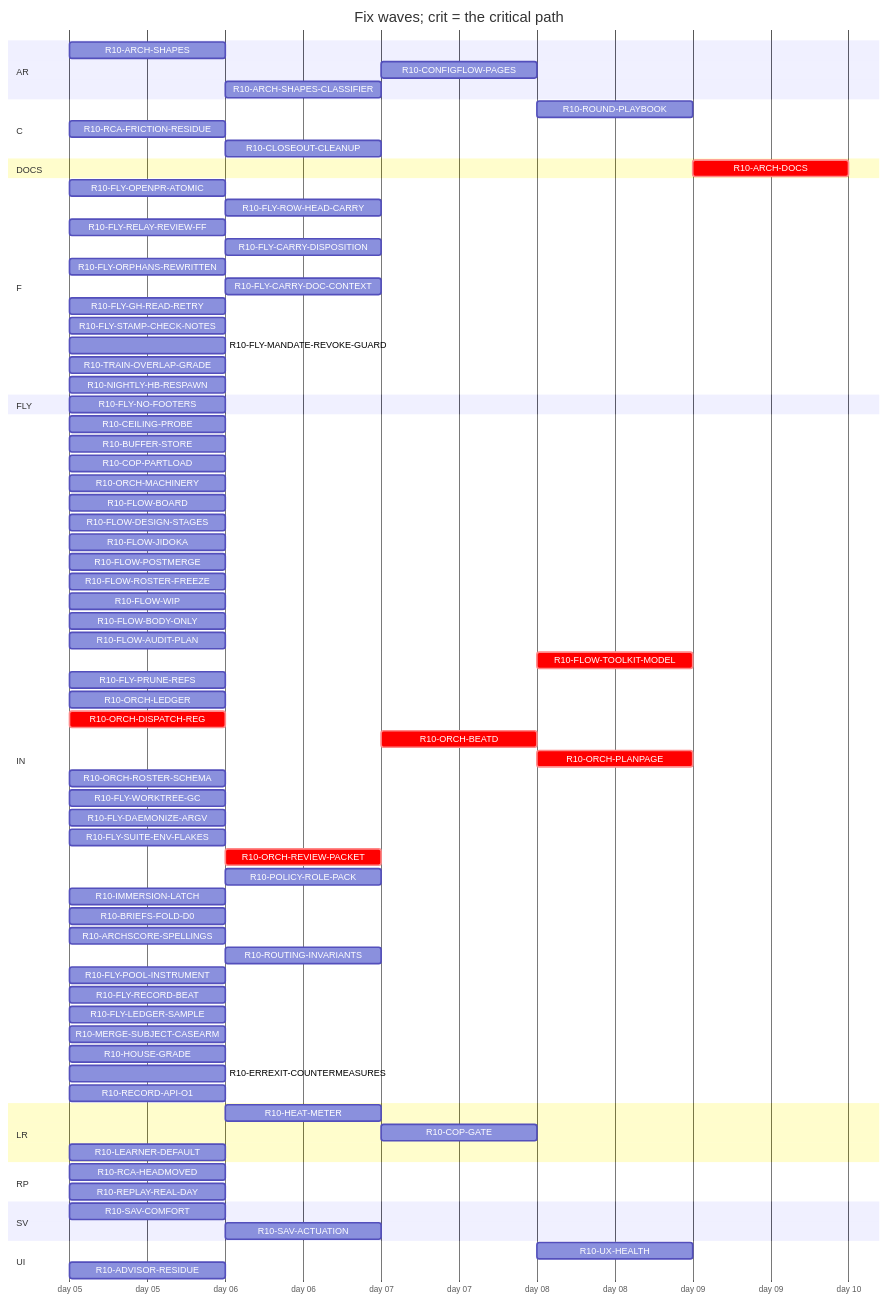
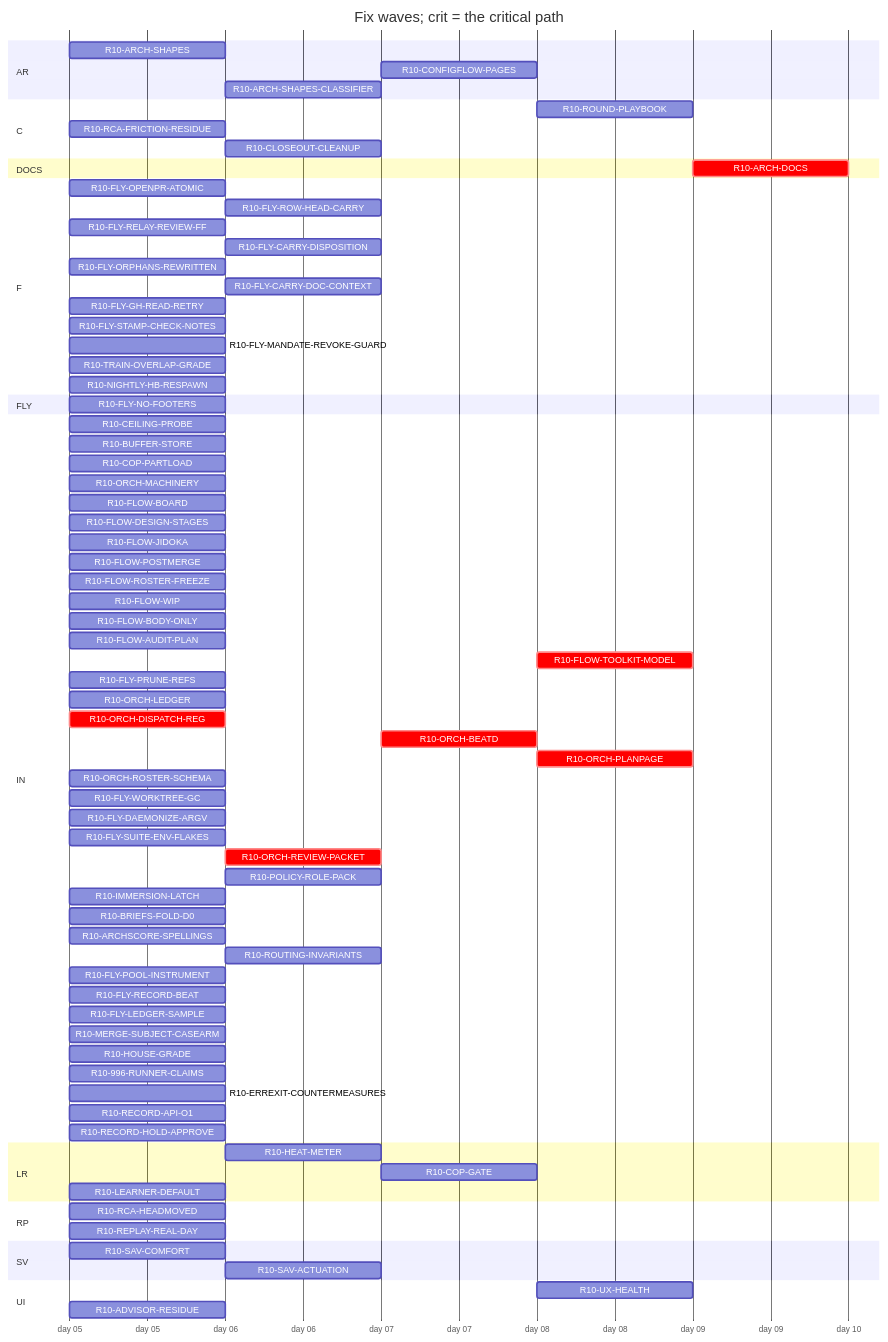
The diagram in handoff/round10/state/PLAN-TABLE.md (tvofi/heatpump_optimizer), drawn with Mermaid before and after one commit. The commit also changed other lines of this file and 2 other files, not shown here.

````diff
--- a/handoff/round10/state/PLAN-TABLE.md
+++ b/handoff/round10/state/PLAN-TABLE.md
@@ -23,79 +23,81 @@
 ```mermaid
 gantt
   title Fix waves; crit = the critical path
   dateFormat YYYY-MM-DD
   axisFormat day %d
   section AR
     R10-ARCH-SHAPES :r10ARCHSHAPES, 2026-01-05, 1d
     R10-CONFIGFLOW-PAGES :r10CONFIGFLOWPAGES, after r10HEATMETER, 1d
-    R10-ARCH-SHAPES-CLASSIFIER :r10ARCHSHAPESCLASSIFIER, after r10ARCHSHAPES, 1d
+    R10-ARCH-SHAPES-CLASSIFIER :r10ARCHSHAPESCLASSIFIER, after r10996RUNNERCLAIMS r10ARCHSHAPES, 1d
   section C
     R10-ROUND-PLAYBOOK :r10ROUNDPLAYBOOK, after r10FLOWAUDITPLAN r10ORCHLEDGER r10ORCHDISPATCHREG r10ORCHBEATD r10ORCHPLANPAGE r10FLYRELAYREVIEWFF r10FLOWROSTERFREEZE r10FLOWBODYONLY, 1d
     R10-RCA-FRICTION-RESIDUE :r10RCAFRICTIONRESIDUE, 2026-01-05, 1d
     R10-CLOSEOUT-CLEANUP :r10CLOSEOUTCLEANUP, after r10FLYPRUNEREFS r10FLYWORKTREEGC, 1d
   section DOCS
     R10-ARCH-DOCS :crit, r10ARCHDOCS, after r10ARCHSHAPES r10HEATMETER r10COPGATE r10UXHEALTH r10CONFIGFLOWPAGES r10RCAHEADMOVED r10SAVCOMFORT r10CEILINGPROBE r10BUFFERSTORE r10COPPARTLOAD r10LEARNERDEFAULT r10FLOWBOARD r10FLOWDESIGNSTAGES r10FLOWJIDOKA r10FLOWPOSTMERGE r10FLOWROSTERFREEZE r10FLOWWIP r10FLOWBODYONLY r10FLYOPENPRATOMIC r10FLYROWHEADCARRY r10FLOWAUDITPLAN r10FLYRELAYREVIEWFF r10FLYCARRYDISPOSITION r10FLYORPHANSREWRITTEN r10FLYCARRYDOCCONTEXT r10FLOWTOOLKITMODEL r10FLYSTAMPCHECKNOTES r10FLYMANDATEREVOKEGUARD r10RCAFRICTIONRESIDUE r10TRAINOVERLAPGRADE r10NIGHTLYHBRESPAWN r10FLYPRUNEREFS r10ORCHLEDGER r10ORCHDISPATCHREG r10ORCHBEATD r10ORCHPLANPAGE r10ORCHROSTERSCHEMA r10FLYWORKTREEGC r10FLYDAEMONIZEARGV r10ORCHREVIEWPACKET r10POLICYROLEPACK r10IMMERSIONLATCH r10ADVISORRESIDUE r10BRIEFSFOLDD0 r10REPLAYREALDAY r10ARCHSCORESPELLINGS r10SAVACTUATION r10FLYLEDGERSAMPLE, 1d
   section F
     R10-FLY-OPENPR-ATOMIC :r10FLYOPENPRATOMIC, 2026-01-05, 1d
     R10-FLY-ROW-HEAD-CARRY :r10FLYROWHEADCARRY, after r10FLYOPENPRATOMIC, 1d
     R10-FLY-RELAY-REVIEW-FF :r10FLYRELAYREVIEWFF, 2026-01-05, 1d
     R10-FLY-CARRY-DISPOSITION :r10FLYCARRYDISPOSITION, after r10FLYORPHANSREWRITTEN, 1d
     R10-FLY-ORPHANS-REWRITTEN :r10FLYORPHANSREWRITTEN, 2026-01-05, 1d
     R10-FLY-CARRY-DOC-CONTEXT :r10FLYCARRYDOCCONTEXT, after r10FLYGHREADRETRY, 1d
     R10-FLY-GH-READ-RETRY :r10FLYGHREADRETRY, 2026-01-05, 1d
     R10-FLY-STAMP-CHECK-NOTES :r10FLYSTAMPCHECKNOTES, 2026-01-05, 1d
     R10-FLY-MANDATE-REVOKE-GUARD :r10FLYMANDATEREVOKEGUARD, 2026-01-05, 1d
     R10-TRAIN-OVERLAP-GRADE :r10TRAINOVERLAPGRADE, 2026-01-05, 1d
     R10-NIGHTLY-HB-RESPAWN :r10NIGHTLYHBRESPAWN, 2026-01-05, 1d
   section FLY
     R10-FLY-NO-FOOTERS :r10FLYNOFOOTERS, 2026-01-05, 1d
   section IN
     R10-CEILING-PROBE :r10CEILINGPROBE, 2026-01-05, 1d
     R10-BUFFER-STORE :r10BUFFERSTORE, 2026-01-05, 1d
     R10-COP-PARTLOAD :r10COPPARTLOAD, 2026-01-05, 1d
     R10-ORCH-MACHINERY :r10ORCHMACHINERY, 2026-01-05, 1d
     R10-FLOW-BOARD :r10FLOWBOARD, 2026-01-05, 1d
     R10-FLOW-DESIGN-STAGES :r10FLOWDESIGNSTAGES, 2026-01-05, 1d
     R10-FLOW-JIDOKA :r10FLOWJIDOKA, 2026-01-05, 1d
     R10-FLOW-POSTMERGE :r10FLOWPOSTMERGE, 2026-01-05, 1d
     R10-FLOW-ROSTER-FREEZE :r10FLOWROSTERFREEZE, 2026-01-05, 1d
     R10-FLOW-WIP :r10FLOWWIP, 2026-01-05, 1d
     R10-FLOW-BODY-ONLY :r10FLOWBODYONLY, 2026-01-05, 1d
     R10-FLOW-AUDIT-PLAN :r10FLOWAUDITPLAN, 2026-01-05, 1d
     R10-FLOW-TOOLKIT-MODEL :crit, r10FLOWTOOLKITMODEL, after r10ORCHPLANPAGE, 1d
     R10-FLY-PRUNE-REFS :r10FLYPRUNEREFS, 2026-01-05, 1d
     R10-ORCH-LEDGER :r10ORCHLEDGER, 2026-01-05, 1d
     R10-ORCH-DISPATCH-REG :crit, r10ORCHDISPATCHREG, 2026-01-05, 1d
     R10-ORCH-BEATD :crit, r10ORCHBEATD, after r10ORCHDISPATCHREG r10ORCHREVIEWPACKET r10FLOWROSTERFREEZE, 1d
     R10-ORCH-PLANPAGE :crit, r10ORCHPLANPAGE, after r10ORCHBEATD, 1d
     R10-ORCH-ROSTER-SCHEMA :r10ORCHROSTERSCHEMA, 2026-01-05, 1d
     R10-FLY-WORKTREE-GC :r10FLYWORKTREEGC, 2026-01-05, 1d
     R10-FLY-DAEMONIZE-ARGV :r10FLYDAEMONIZEARGV, 2026-01-05, 1d
     R10-FLY-SUITE-ENV-FLAKES :r10FLYSUITEENVFLAKES, 2026-01-05, 1d
     R10-ORCH-REVIEW-PACKET :crit, r10ORCHREVIEWPACKET, after r10ORCHDISPATCHREG, 1d
     R10-POLICY-ROLE-PACK :r10POLICYROLEPACK, after r10FLOWDESIGNSTAGES, 1d
     R10-IMMERSION-LATCH :r10IMMERSIONLATCH, 2026-01-05, 1d
     R10-BRIEFS-FOLD-D0 :r10BRIEFSFOLDD0, 2026-01-05, 1d
     R10-ARCHSCORE-SPELLINGS :r10ARCHSCORESPELLINGS, 2026-01-05, 1d
     R10-ROUTING-INVARIANTS :r10ROUTINGINVARIANTS, after r10ORCHROSTERSCHEMA, 1d
     R10-FLY-POOL-INSTRUMENT :r10FLYPOOLINSTRUMENT, 2026-01-05, 1d
     R10-FLY-RECORD-BEAT :r10FLYRECORDBEAT, 2026-01-05, 1d
     R10-FLY-LEDGER-SAMPLE :r10FLYLEDGERSAMPLE, 2026-01-05, 1d
     R10-MERGE-SUBJECT-CASEARM :r10MERGESUBJECTCASEARM, 2026-01-05, 1d
     R10-HOUSE-GRADE :r10HOUSEGRADE, 2026-01-05, 1d
+    R10-996-RUNNER-CLAIMS :r10996RUNNERCLAIMS, 2026-01-05, 1d
     R10-ERREXIT-COUNTERMEASURES :r10ERREXITCOUNTERMEASURES, 2026-01-05, 1d
     R10-RECORD-API-O1 :r10RECORDAPIO1, 2026-01-05, 1d
+    R10-RECORD-HOLD-APPROVE :r10RECORDHOLDAPPROVE, 2026-01-05, 1d
   section LR
     R10-HEAT-METER :r10HEATMETER, after r10ARCHSHAPES, 1d
     R10-COP-GATE :r10COPGATE, after r10HEATMETER, 1d
     R10-LEARNER-DEFAULT :r10LEARNERDEFAULT, 2026-01-05, 1d
   section RP
     R10-RCA-HEADMOVED :r10RCAHEADMOVED, 2026-01-05, 1d
     R10-REPLAY-REAL-DAY :r10REPLAYREALDAY, 2026-01-05, 1d
   section SV
     R10-SAV-COMFORT :r10SAVCOMFORT, 2026-01-05, 1d
     R10-SAV-ACTUATION :r10SAVACTUATION, after r10SAVCOMFORT, 1d
   section UI
     R10-UX-HEALTH :r10UXHEALTH, after r10COPGATE r10HEATMETER, 1d
     R10-ADVISOR-RESIDUE :r10ADVISORRESIDUE, 2026-01-05, 1d
 ```
````
